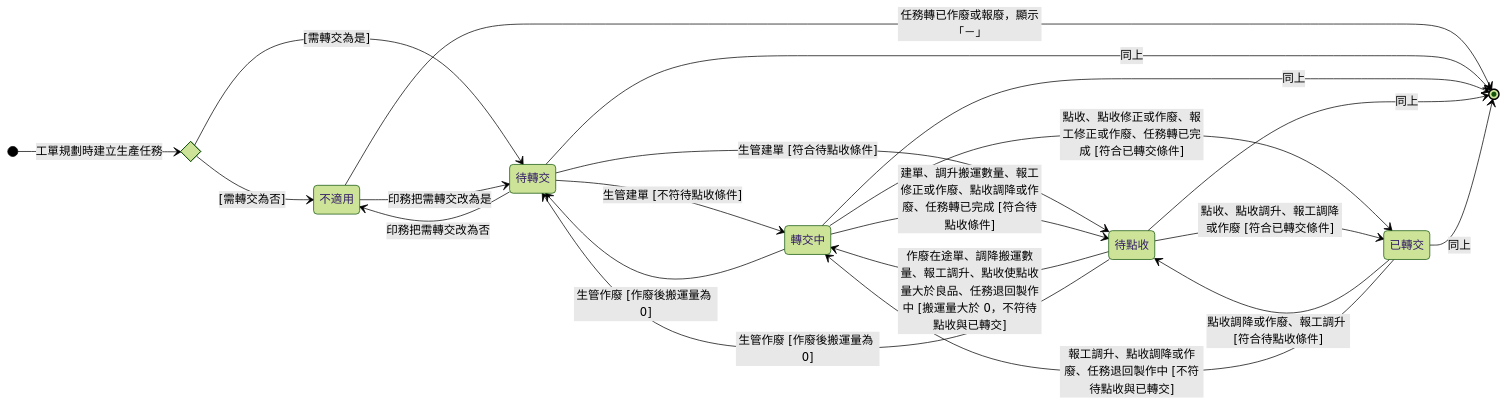
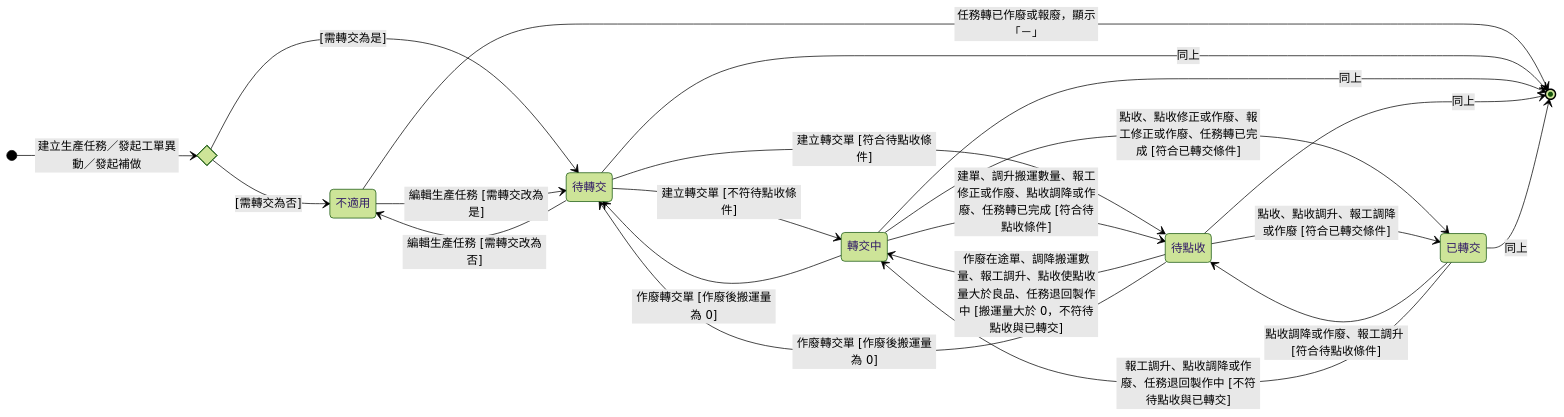
Before and after one commit to Kawato-Miles/erp-spec: the diagram in memory/Sens_wiki/wiki/erp/06-state-machines/生產任務轉交狀態.md, drawn with Mermaid (forest theme). The commit also changed other lines of this file and 35 other files, not shown here.

````diff
--- a/memory/Sens_wiki/wiki/erp/06-state-machines/生產任務轉交狀態.md
+++ b/memory/Sens_wiki/wiki/erp/06-state-machines/生產任務轉交狀態.md
@@ -69,36 +70,36 @@
 ```mermaid
 stateDiagram-v2
     direction LR
 
     state c_init <<choice>>
-    [*] --> c_init : 工單規劃時建立生產任務
+    [*] --> c_init : 建立生產任務／發起工單異動／發起補做
 
     state "不適用" as t_na
     state "待轉交" as t_pending
     state "轉交中" as t_moving
     state "待點收" as t_await
     state "已轉交" as t_done
 
     c_init --> t_na : [需轉交為否]
     c_init --> t_pending : [需轉交為是]
-    t_na --> t_pending : 印務把需轉交改為是
-    t_pending --> t_na : 印務把需轉交改為否
+    t_na --> t_pending : 編輯生產任務 [需轉交改為是]
+    t_pending --> t_na : 編輯生產任務 [需轉交改為否]
 
-    t_pending --> t_moving : 生管建單 [不符待點收條件]
-    t_pending --> t_await : 生管建單 [符合待點收條件]
+    t_pending --> t_moving : 建立轉交單 [不符待點收條件]
+    t_pending --> t_await : 建立轉交單 [符合待點收條件]
     t_moving --> t_await : 建單、調升搬運數量、報工修正或作廢、點收調降或作廢、任務轉已完成 [符合待點收條件]
     t_moving --> t_done : 點收、點收修正或作廢、報工修正或作廢、任務轉已完成 [符合已轉交條件]
     t_await --> t_done : 點收、點收調升、報工調降或作廢 [符合已轉交條件]
 
     t_await --> t_moving : 作廢在途單、調降搬運數量、報工調升、點收使點收量大於良品、任務退回製作中 [搬運量大於 0，不符待點收與已轉交]
     t_done --> t_await : 點收調降或作廢、報工調升 [符合待點收條件]
     t_done --> t_moving : 報工調升、點收調降或作廢、任務退回製作中 [不符待點收與已轉交]
-    t_moving --> t_pending : 生管作廢 [作廢後搬運量為 0]
-    t_await --> t_pending : 生管作廢 [作廢後搬運量為 0]
+    t_moving --> t_pending : 作廢轉交單 [作廢後搬運量為 0]
+    t_await --> t_pending : 作廢轉交單 [作廢後搬運量為 0]
 
     t_na --> [*] : 任務轉已作廢或報廢，顯示「－」
     t_pending --> [*] : 同上
     t_moving --> [*] : 同上
     t_await --> [*] : 同上
     t_done --> [*] : 同上
 ```
````
